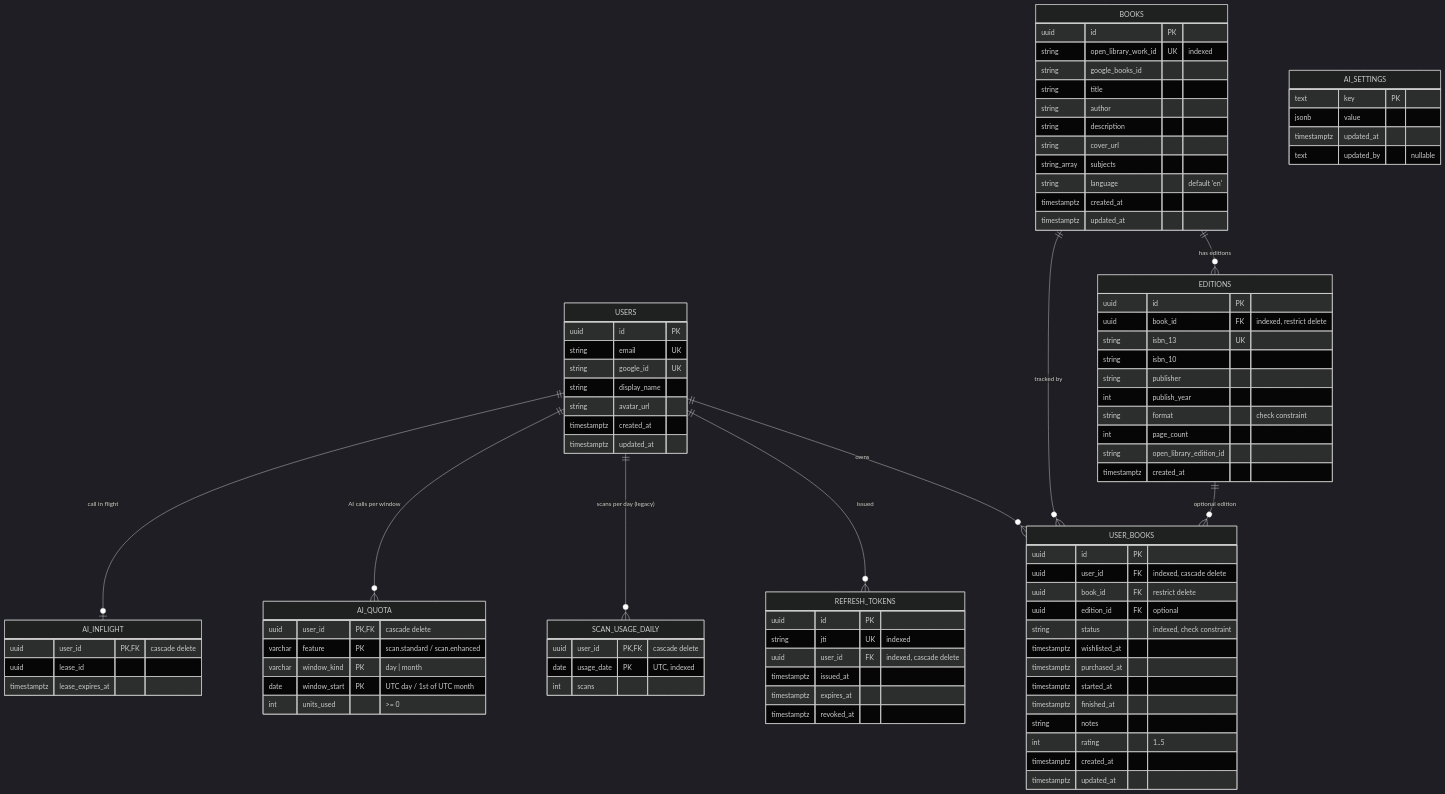
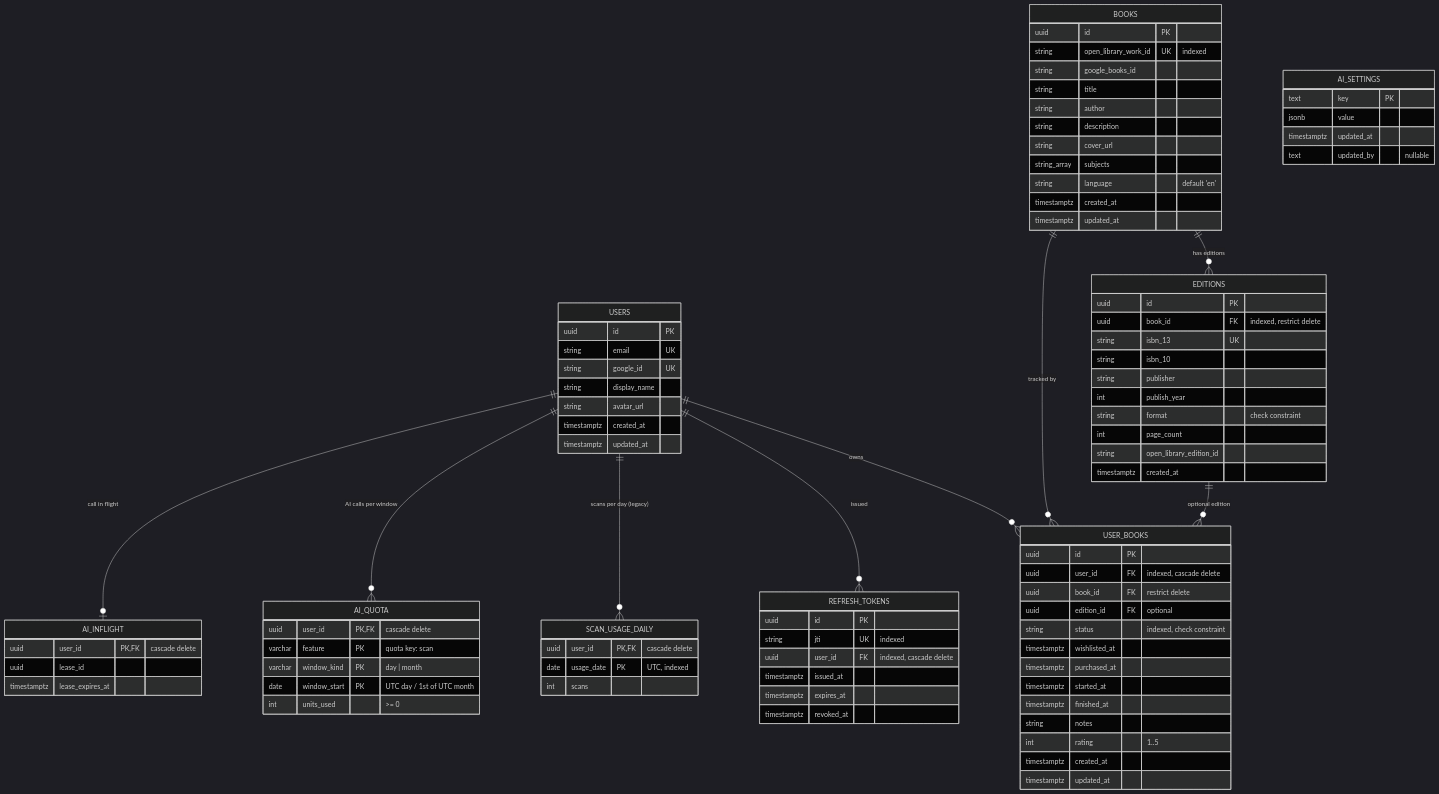
The diagram in docs/data-model.md (wcmchenry3-stack/BookshelfAI), drawn with Mermaid (dark theme) before and after one commit. The commit also changed other lines of this file and 13 other files, not shown here.

```diff
--- a/docs/data-model.md
+++ b/docs/data-model.md
@@ -79,7 +79,7 @@
   }
   AI_QUOTA {
     uuid user_id PK,FK "cascade delete"
-    varchar feature PK "scan.standard / scan.enhanced"
+    varchar feature PK "quota key: scan"
     varchar window_kind PK "day | month"
     date window_start PK "UTC day / 1st of UTC month"
     int units_used ">= 0"
```
